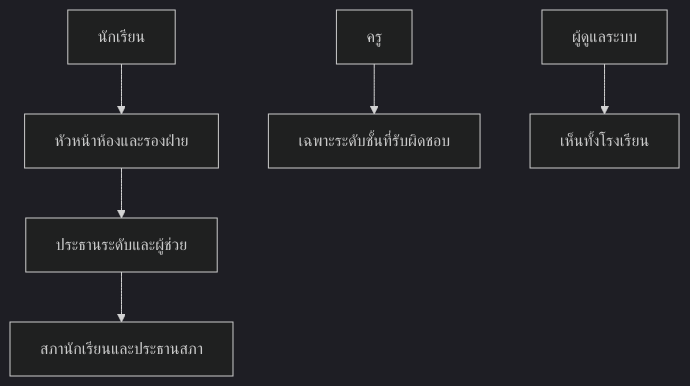
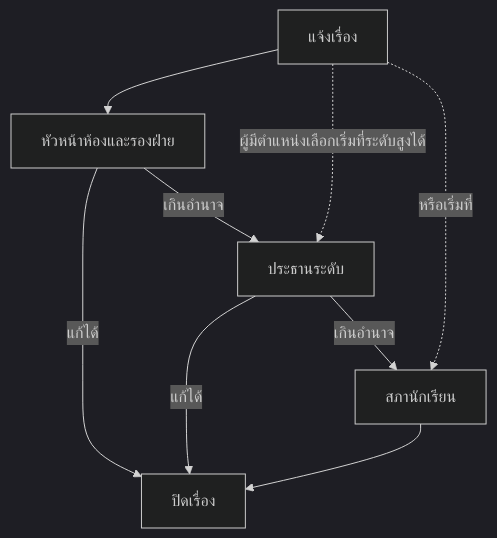
The diagram in docs/1-user-guide/issue-reporting-tracking.md (singto1597/pirivoice), drawn with Mermaid (dark theme) before and after one commit. The commit also changed other lines of this file and 44 other files, not shown here.

````diff
--- a/docs/1-user-guide/issue-reporting-tracking.md
+++ b/docs/1-user-guide/issue-reporting-tracking.md
@@ -141,8 +135,11 @@
 ```mermaid
 flowchart TD
-  S[นักเรียน] --> R[หัวหน้าห้องและรองฝ่าย]
-  R --> L[ประธานระดับและผู้ช่วย]
-  L --> C[สภานักเรียนและประธานสภา]
-  T[ครู] --> G[เฉพาะระดับชั้นที่รับผิดชอบ]
-  A[ผู้ดูแลระบบ] --> ALL[เห็นทั้งโรงเรียน]
+  A[แจ้งเรื่อง] --> B[หัวหน้าห้องและรองฝ่าย]
+  B -->|แก้ได้| F[ปิดเรื่อง]
+  B -->|เกินอำนาจ| C[ประธานระดับ]
+  C -->|แก้ได้| F
+  C -->|เกินอำนาจ| D[สภานักเรียน]
+  D --> F
+  A -.->|ผู้มีตำแหน่งเลือกเริ่มที่ระดับสูงได้| C
+  A -.->|หรือเริ่มที่| D
 ```
````
